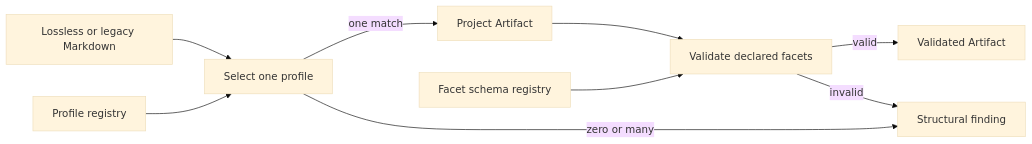
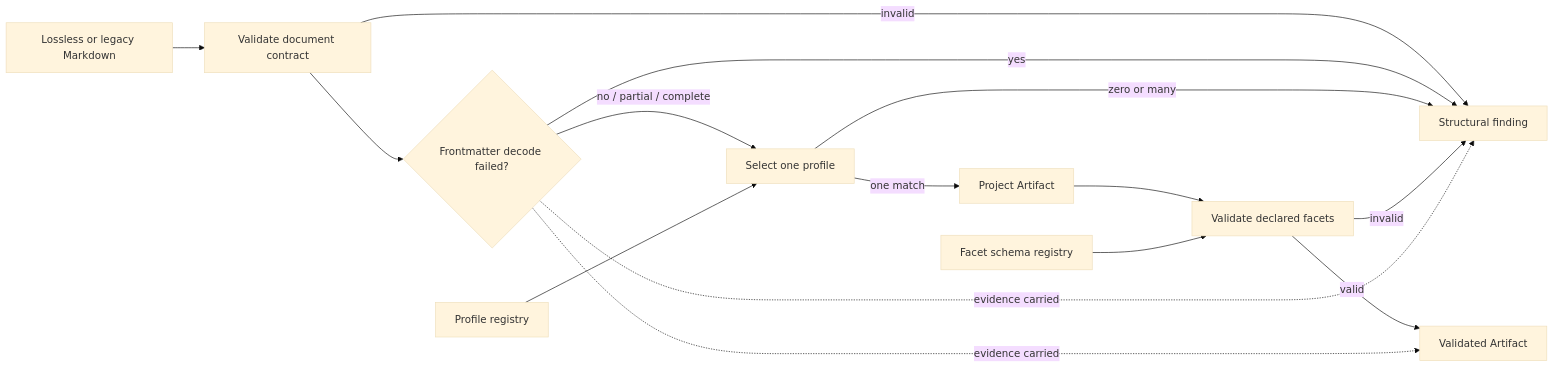
The diagram in docs/architecture/workflows/markdown-artifact-resolver.mmd (open-hax/foresight), drawn with Mermaid (base theme) before and after one commit.

Commit message:
docs(alpha): show decode evidence gate

```diff
--- a/docs/architecture/workflows/markdown-artifact-resolver.mmd
+++ b/docs/architecture/workflows/markdown-artifact-resolver.mmd
@@ -1,9 +1,15 @@
 flowchart LR
-  Document[Lossless or legacy Markdown] --> Select[Select one profile]
+  Document[Lossless or legacy Markdown] --> Validate[Validate document contract]
+  Validate -->|invalid| Finding[Structural finding]
+  Validate --> Decode{Frontmatter decode failed?}
+  Decode -->|yes| Finding
+  Decode -->|no / partial / complete| Select[Select one profile]
   Registry[Profile registry] --> Select
   Select -->|one match| Project[Project Artifact]
-  Select -->|zero or many| Finding[Structural finding]
+  Select -->|zero or many| Finding
   Project --> Facets[Validate declared facets]
   Schemas[Facet schema registry] --> Facets
   Facets -->|valid| Artifact[Validated Artifact]
   Facets -->|invalid| Finding
+  Decode -. evidence carried .-> Finding
+  Decode -. evidence carried .-> Artifact
```
